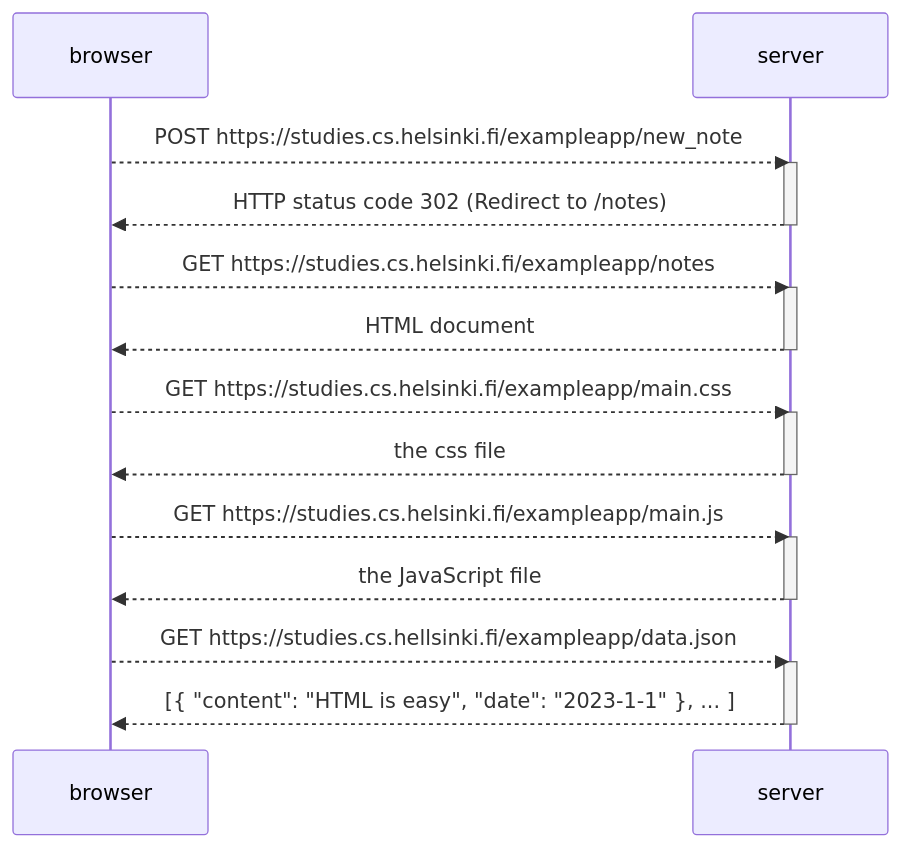
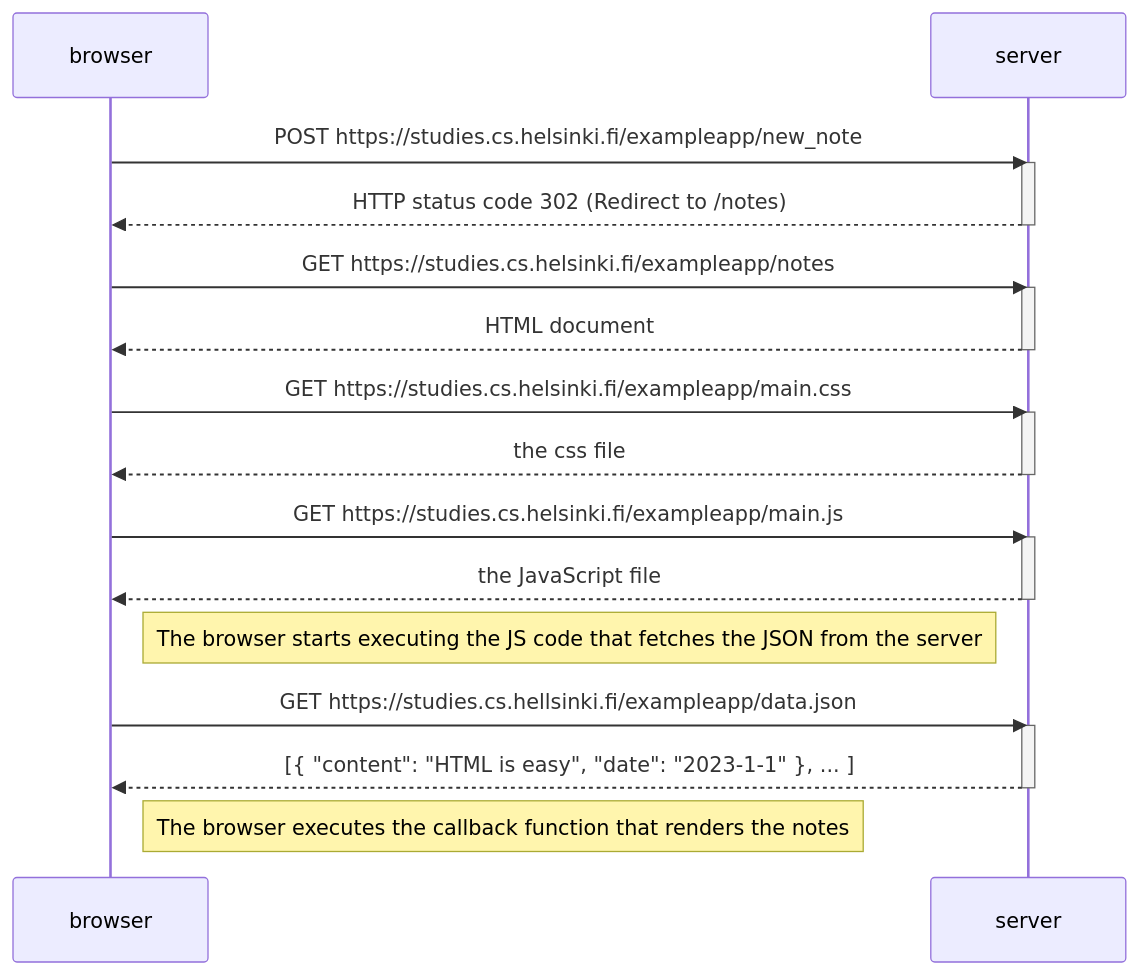
Before and after one commit to Kody971/Fullstack-Stack-Open: the diagram in part0/0.4_new_note_diagram.md, drawn with Mermaid.

Commit message:
add execution note

````diff
--- a/part0/0.4_new_note_diagram.md
+++ b/part0/0.4_new_note_diagram.md
@@ -1,30 +1,34 @@
 ```mermaid
 sequenceDiagram
     participant browser
     participant server
 
-browser-->>server: POST https://studies.cs.helsinki.fi/exampleapp/new_note
-activate server
-server-->>browser: HTTP status code 302 (Redirect to /notes)
-deactivate server
+    browser->>server: POST https://studies.cs.helsinki.fi/exampleapp/new_note
+    activate server
+    server-->>browser: HTTP status code 302 (Redirect to /notes)
+    deactivate server
 
-browser-->>server: GET https://studies.cs.helsinki.fi/exampleapp/notes
-activate server
-server-->>browser: HTML document
-deactivate server
+    browser->>server: GET https://studies.cs.helsinki.fi/exampleapp/notes
+    activate server
+    server-->>browser: HTML document
+    deactivate server
 
-browser-->>server: GET https://studies.cs.helsinki.fi/exampleapp/main.css
-activate server
-server-->>browser: the css file
-deactivate server
+    browser->>server: GET https://studies.cs.helsinki.fi/exampleapp/main.css
+    activate server
+    server-->>browser: the css file
+    deactivate server
 
-browser-->>server: GET https://studies.cs.helsinki.fi/exampleapp/main.js
-activate server
-server-->>browser: the JavaScript file
-deactivate server
+    browser->>server: GET https://studies.cs.helsinki.fi/exampleapp/main.js
+    activate server
+    server-->>browser: the JavaScript file
+    deactivate server
 
-browser-->>server: GET https://studies.cs.hellsinki.fi/exampleapp/data.json
-activate server
-server-->>browser: [{ "content": "HTML is easy", "date": "2023-1-1" }, ... ]
-deactivate server
+    Note right of browser: The browser starts executing the JS code that fetches the JSON from the server
+
+    browser->>server: GET https://studies.cs.hellsinki.fi/exampleapp/data.json
+    activate server
+    server-->>browser: [{ "content": "HTML is easy", "date": "2023-1-1" }, ... ]
+    deactivate server
+
+    Note right of browser: The browser executes the callback function that renders the notes
 ```
````
